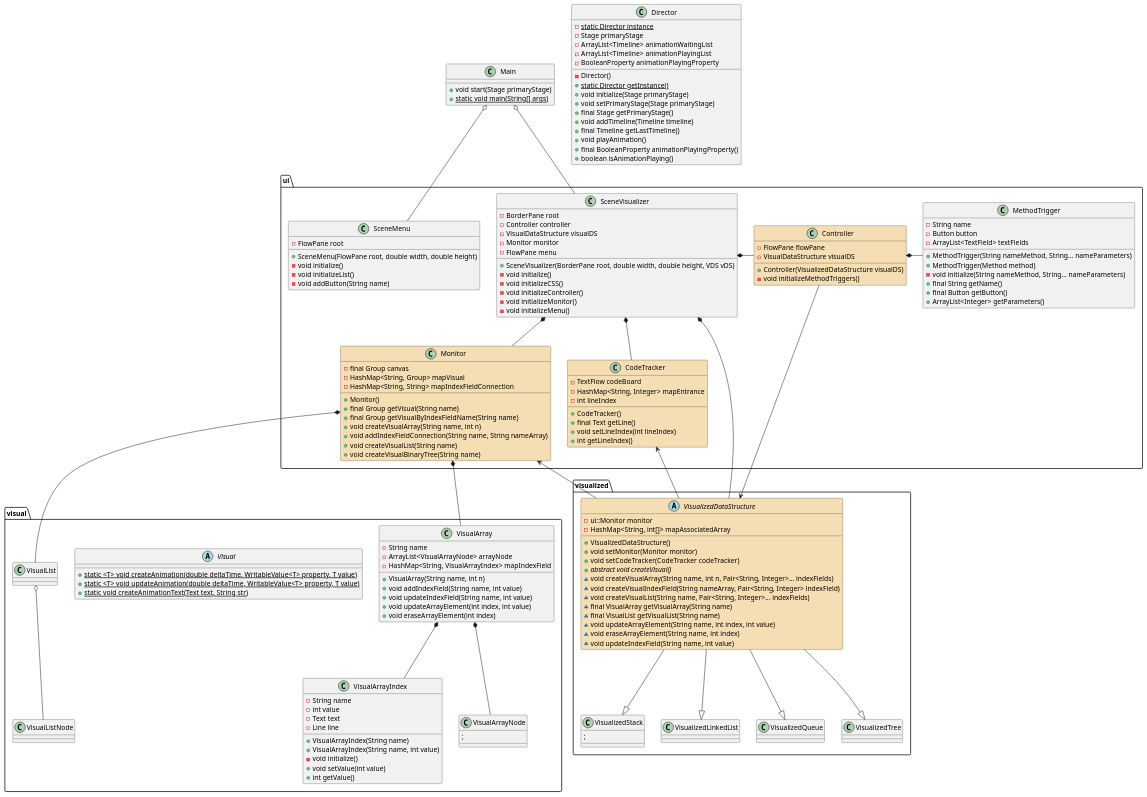
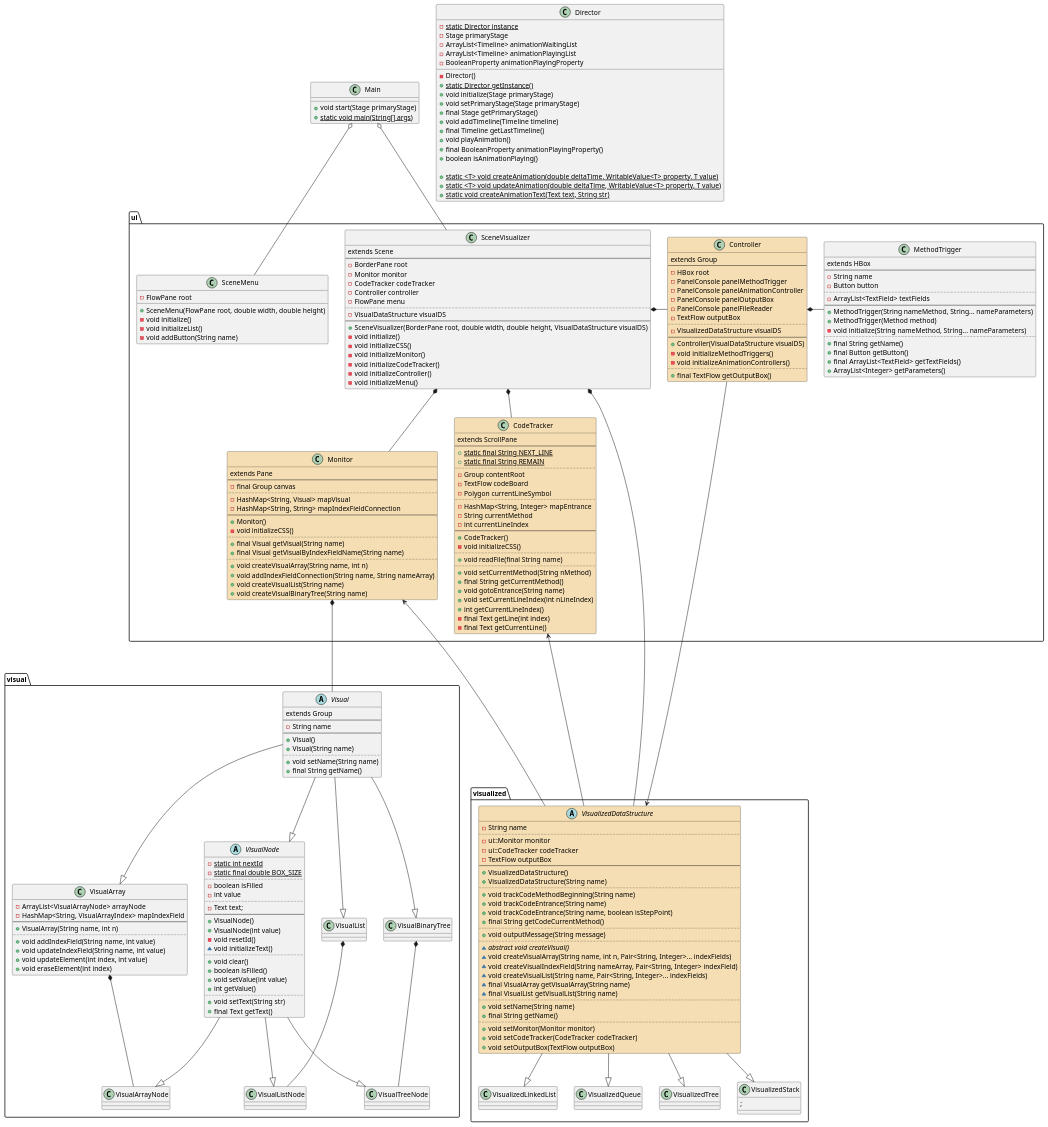
Before and after one commit to JM233333/data-structure-visualizer: the diagram in classDiagram.puml, drawn with PlantUML. The commit also changed 8 other files, not shown here.

```diff
--- a/classDiagram.puml
+++ b/classDiagram.puml
@@ -11,84 +11,150 @@
         - void initializeList()
         - void addButton(String name)
     }
+
     class SceneVisualizer {
+        extends Scene
+        --
         - BorderPane root
+        - Monitor monitor
+        - CodeTracker codeTracker
         - Controller controller
+        - FlowPane menu
+        ..
         - VisualDataStructure visualDS
-        - Monitor monitor
-        - FlowPane menu
-        + SceneVisualizer(BorderPane root, double width, double height, VDS vDS)
+        --
+        + SceneVisualizer(BorderPane root, double width, double height, VisualDataStructure visualDS)
         - void initialize()
         - void initializeCSS()
+        - void initializeMonitor()
+        - void initializeCodeTracker()
         - void initializeController()
-        - void initializeMonitor()
         - void initializeMenu()
     }
-
-    class Controller #wheat {
-        - FlowPane flowPane
-        - VisualDataStructure visualDS
-        + Controller(VisualizedDataStructure visualDS)
-        - void initializeMethodTriggers()
-    }
-    class MethodTrigger {
-        - String name
-        - Button button
-        - ArrayList<TextField> textFields
-        + MethodTrigger(String nameMethod, String... nameParameters)
-        + MethodTrigger(Method method)
-        - void initialize(String nameMethod, String... nameParameters)
-        + final String getName()
-        + final Button getButton()
-        + ArrayList<Integer> getParameters()
-    }
+    
     class Monitor #wheat {
+        extends Pane
+        --
         - final Group canvas
-        - HashMap<String, Group> mapVisual
+        ..
+        - HashMap<String, Visual> mapVisual
         - HashMap<String, String> mapIndexFieldConnection
+        --
         + Monitor()
-        + final Group getVisual(String name)
-        + final Group getVisualByIndexFieldName(String name)
+        - void initializeCSS()
+        ..
+        + final Visual getVisual(String name)
+        + final Visual getVisualByIndexFieldName(String name)
+        ..
         + void createVisualArray(String name, int n)
         + void addIndexFieldConnection(String name, String nameArray)
         + void createVisualList(String name)
         + void createVisualBinaryTree(String name)
     }
+
     class CodeTracker #wheat {
+        extends ScrollPane
+        --
+        + {static} static final String NEXT_LINE
+        + {static} static final String REMAIN
+        ..
+        - Group contentRoot
         - TextFlow codeBoard
+        - Polygon currentLineSymbol
+        ..
         - HashMap<String, Integer> mapEntrance
-        - int lineIndex
+        - String currentMethod
+        - int currentLineIndex
+        --
         + CodeTracker()
-        + final Text getLine()
-        + void setLineIndex(int lineIndex)
-        + int getLineIndex()
+        - void initializeCSS()
+        ..
+        + void readFile(final String name)
+        ..
+        + void setCurrentMethod(String nMethod)
+        + final String getCurrentMethod()
+        + void gotoEntrance(String name)
+        + void setCurrentLineIndex(int nLineIndex)
+        + int getCurrentLineIndex()
+        - final Text getLine(int index)
+        - final Text getCurrentLine()
+    }
+
+    class Controller #wheat {
+        extends Group
+        --
+        - HBox root
+        - PanelConsole panelMethodTrigger
+        - PanelConsole panelAnimationController
+        - PanelConsole panelOutputBox
+        - PanelConsole panelFileReader
+        - TextFlow outputBox
+        ..
+        - VisualizedDataStructure visualDS
+        --
+        + Controller(VisualDataStructure visualDS)
+        - void initializeMethodTriggers()
+        - void initializeAnimationControllers()
+        ..
+        + final TextFlow getOutputBox()
+    }
+    class MethodTrigger {
+        extends HBox
+        --
+        - String name
+        - Button button
+        ..
+        - ArrayList<TextField> textFields
+        --
+        + MethodTrigger(String nameMethod, String... nameParameters)
+        + MethodTrigger(Method method)
+        - void initialize(String nameMethod, String... nameParameters)
+        ..
+        + final String getName()
+        + final Button getButton()
+        + final ArrayList<TextField> getTextFields()
+        + ArrayList<Integer> getParameters()
     }
 
     SceneVisualizer *- Controller
     SceneVisualizer *-- Monitor
     SceneVisualizer *-- CodeTracker
     Controller *- MethodTrigger
-    Monitor -right[hidden]-> CodeTracker
 
 }
 
 namespace visualized {
 
     abstract class VisualizedDataStructure #wheat {
+        - String name
+        ..
         - ui::Monitor monitor
-        - HashMap<String, int[]> mapAssociatedArray
+        - ui::CodeTracker codeTracker
+        - TextFlow outputBox
+        --
         + VisualizedDataStructure()
-        + void setMonitor(Monitor monitor)
-        + void setCodeTracker(CodeTracker codeTracker)
-        + {abstract} abstract void createVisual()
+        + VisualizedDataStructure(String name)
+        ..
+        + void trackCodeMethodBeginning(String name)
+        + void trackCodeEntrance(String name)
+        + void trackCodeEntrance(String name, boolean isStepPoint)
+        + final String getCodeCurrentMethod()
+        ..
+        + void outputMessage(String message)
+        ..
+        ~ {abstract} abstract void createVisual()
         ~ void createVisualArray(String name, int n, Pair<String, Integer>... indexFields)
         ~ void createVisualIndexField(String nameArray, Pair<String, Integer> indexField)
         ~ void createVisualList(String name, Pair<String, Integer>... indexFields)
         ~ final VisualArray getVisualArray(String name)
         ~ final VisualList getVisualList(String name)
-        ~ void updateArrayElement(String name, int index, int value)
-        ~ void eraseArrayElement(String name, int index)
-        ~ void updateIndexField(String name, int value)
+        ..
+        + void setName(String name)
+        + final String getName()
+        ..
+        + void setMonitor(Monitor monitor)
+        + void setCodeTracker(CodeTracker codeTracker)
+        + void setOutputBox(TextFlow outputBox)
     }
     class VisualizedStack {
         ;
@@ -103,38 +169,64 @@
 namespace visual {
 
     abstract class Visual {
-        + {static} static <T> void createAnimation(double deltaTime, WritableValue<T> property, T value)
-        + {static} static <T> void updateAnimation(double deltaTime, WritableValue<T> property, T value)
-        + {static} static void createAnimationText(Text text, String str)
+        extends Group
+        --
+        - String name
+        --
+        + Visual()
+        + Visual(String name)
+        ..
+        + void setName(String name)
+        + final String getName()
     }
+
+    abstract class VisualNode {
+        - {static} static int nextId
+        - {static} static final double BOX_SIZE
+        ..
+        - boolean isFilled
+        - int value
+        ..
+        - Text text;
+        --
+        + VisualNode()
+        + VisualNode(int value)
+        - void resetId()
+        ~ void initializeText()
+        ..
+        + void clear()
+        + boolean isFilled()
+        + void setValue(int value)
+        + int getValue()
+        ..
+        + void setText(String str)
+        + final Text getText()
+    }
+
     class VisualArray {
-        - String name
         - ArrayList<VisualArrayNode> arrayNode
         - HashMap<String, VisualArrayIndex> mapIndexField
+        --
         + VisualArray(String name, int n)
+        ..
         + void addIndexField(String name, int value)
         + void updateIndexField(String name, int value)
-        + void updateArrayElement(int index, int value)
-        + void eraseArrayElement(int index)
-    }
-    class VisualArrayIndex {
-        - String name
-        - int value
-        - Text text
-        - Line line
-        + VisualArrayIndex(String name)
-        + VisualArrayIndex(String name, int value)
-        - void initialize()
-        + void setValue(int value)
-        + int getValue()
-    }
-    class VisualArrayNode {
-        ;
+        + void updateElement(int index, int value)
+        + void eraseElement(int index)
     }
 
-    VisualArray *-- VisualArrayIndex
+    Visual --|> VisualNode
+    Visual --|> VisualArray
+    Visual --|> VisualList
+    Visual --|> VisualBinaryTree
+
+    VisualNode --|> VisualArrayNode
+    VisualNode --|> VisualListNode
+    VisualNode --|> VisualTreeNode
+
     VisualArray *-- VisualArrayNode
-    VisualList o-- VisualListNode
+    VisualList *-- VisualListNode
+    VisualBinaryTree *-- VisualTreeNode
 }
 
 class Main {
@@ -158,6 +250,10 @@
     + void playAnimation()
     + final BooleanProperty animationPlayingProperty()
     + boolean isAnimationPlaying()
+
+    + {static} static <T> void createAnimation(double deltaTime, WritableValue<T> property, T value)
+    + {static} static <T> void updateAnimation(double deltaTime, WritableValue<T> property, T value)
+    + {static} static void createAnimationText(Text text, String str)
 }
 
 Main o-- ui::SceneMenu
@@ -168,8 +264,7 @@
 visualized::VisualizedDataStructure -up-> ui::Monitor
 visualized::VisualizedDataStructure -up-> ui::CodeTracker
 
-ui::Monitor *-- visual::VisualArray
-ui::Monitor *-- visual::VisualList
+ui::Monitor *--- visual::Visual
 
 visualized::VisualizedDataStructure -left[hidden]-> visual::VisualArray
 
```
